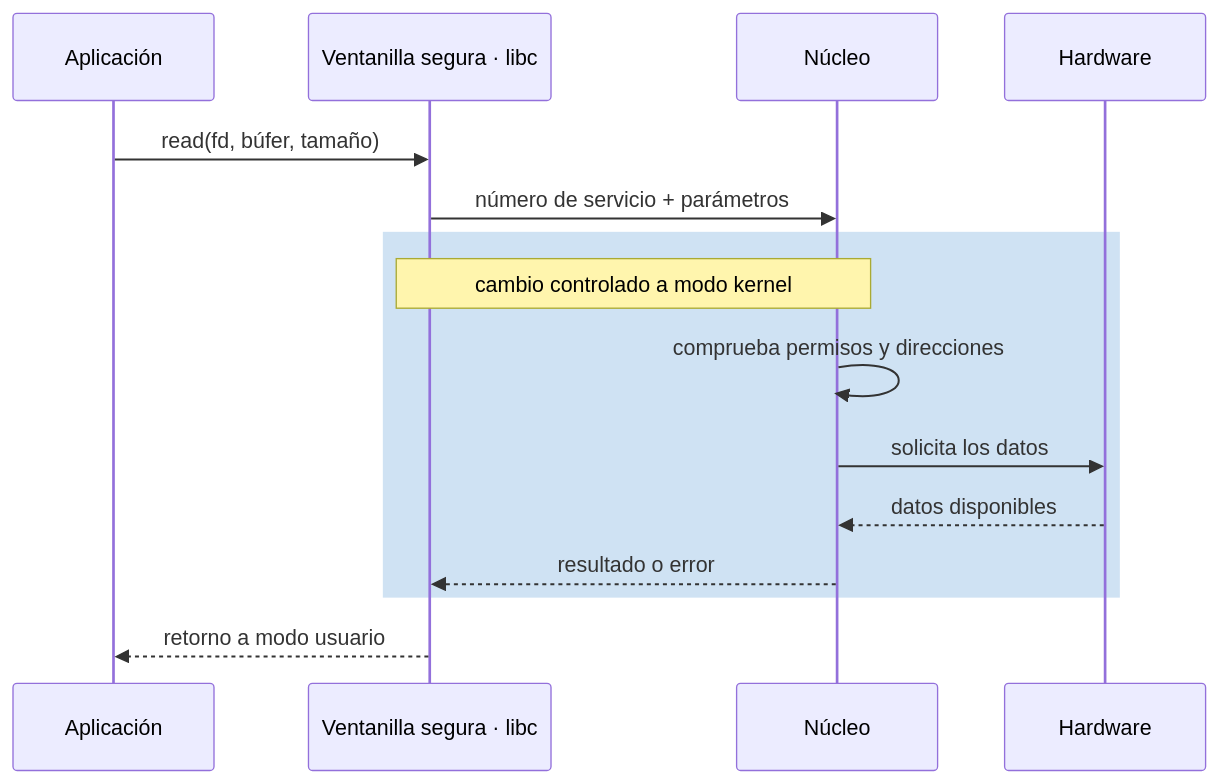
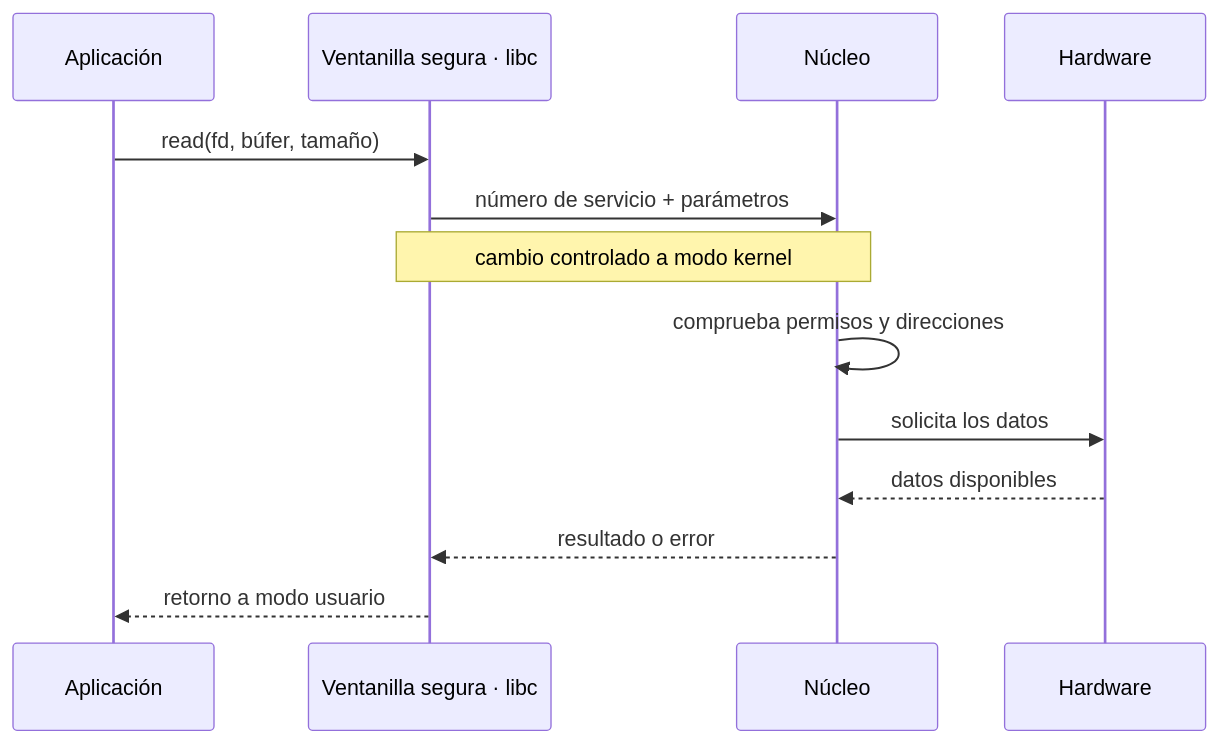
The third of 3 diagrams in TEORIA/02-espacio-usuario-espacio-kernel/README.md (asiermarzo/ssoo), drawn with Mermaid before and after one commit. The commit also changed other lines of this file and 12 other files, not shown here.

Commit message:
ajuste subrects de mermaids

````diff
--- a/TEORIA/02-espacio-usuario-espacio-kernel/README.md
+++ b/TEORIA/02-espacio-usuario-espacio-kernel/README.md
@@ -71,17 +69,15 @@
 ```mermaid
 sequenceDiagram
     participant A as Aplicación
     participant V as Ventanilla segura · libc
     participant K as Núcleo
     participant H as Hardware
     A->>V: read(fd, búfer, tamaño)
     V->>K: número de servicio + parámetros
-    rect rgb(207, 226, 243)
-        Note over V,K: cambio controlado a modo kernel
-        K->>K: comprueba permisos y direcciones
-        K->>H: solicita los datos
-        H-->>K: datos disponibles
-        K-->>V: resultado o error
-    end
+    Note over V,K: cambio controlado a modo kernel
+    K->>K: comprueba permisos y direcciones
+    K->>H: solicita los datos
+    H-->>K: datos disponibles
+    K-->>V: resultado o error
     V-->>A: retorno a modo usuario
 ```
````
